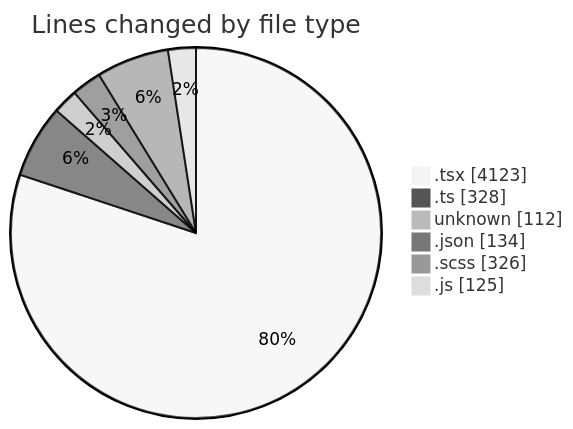
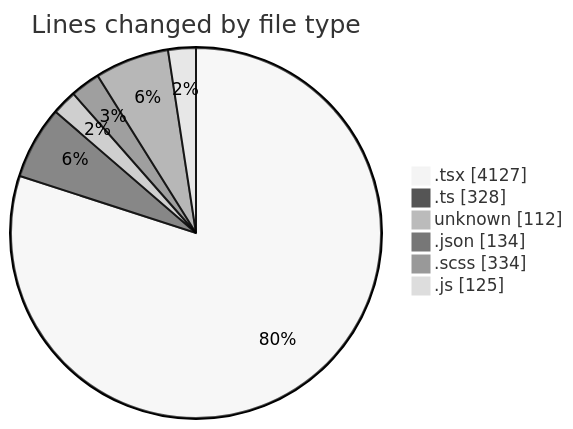
Before and after one commit to momahboobian/code-tracking: the first of 2 diagrams in 2026-04-28/cda/README.md, drawn with Mermaid (neutral theme). The commit also changed other lines of this file and 1 other file, not shown here.

````diff
--- a/2026-04-28/cda/README.md
+++ b/2026-04-28/cda/README.md
@@ -63,10 +63,10 @@
 ```mermaid
 pie showData
 title Lines changed by file type
-".tsx" : 4123
+".tsx" : 4127
 ".ts" : 328
 "unknown" : 112
 ".json" : 134
-".scss" : 326
+".scss" : 334
 ".js" : 125
 ```
````
